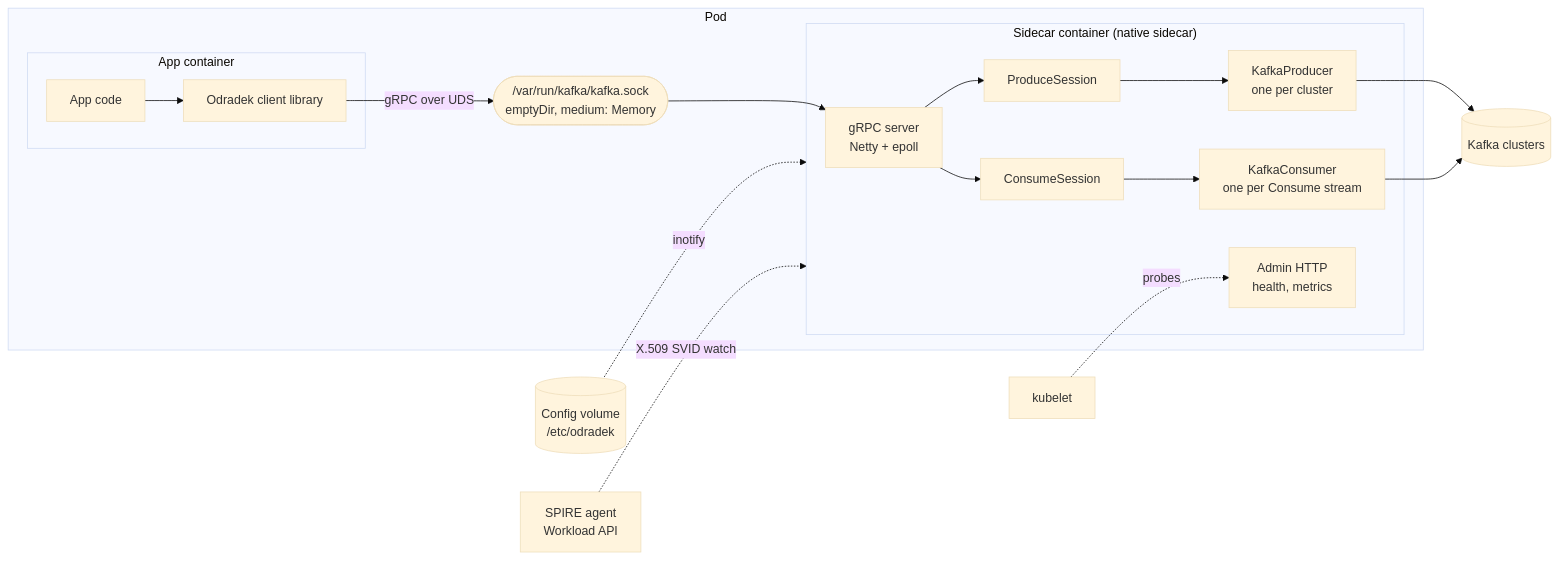
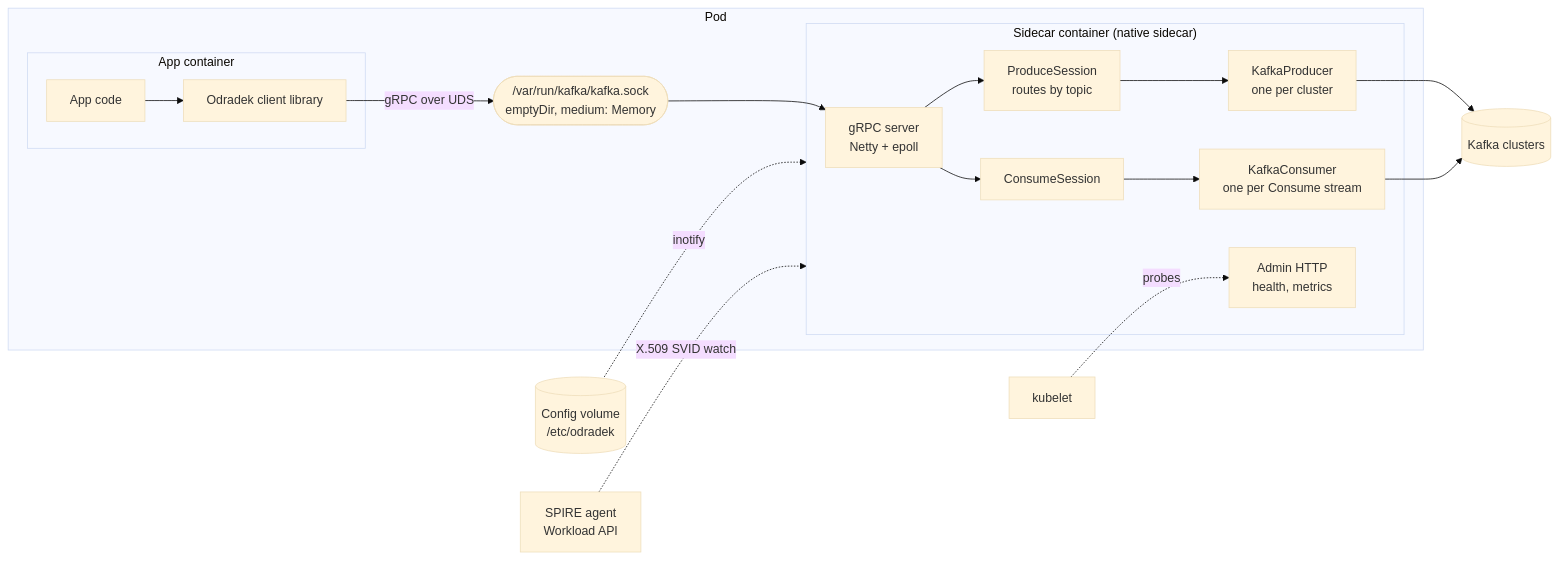
Before and after one commit to bpalermo/odradek: the first of 2 diagrams in docs/design.md, drawn with Mermaid (base theme). The commit also changed other lines of this file and 4 other files, not shown here.

First line of the commit message:
Route produce by topic to one or more clusters; fold design doc

````diff
--- a/docs/design.md
+++ b/docs/design.md
@@ -28,27 +30,27 @@
 ```mermaid
 flowchart LR
   subgraph pod["Pod"]
     subgraph app["App container"]
       code["App code"]
       lib["Odradek client library"]
       code --> lib
     end
     sock(["/var/run/kafka/kafka.sock<br/>emptyDir, medium: Memory"])
     subgraph sidecar["Sidecar container (native sidecar)"]
       grpc["gRPC server<br/>Netty + epoll"]
-      ps["ProduceSession"]
+      ps["ProduceSession<br/>routes by topic"]
       cs["ConsumeSession"]
       prod["KafkaProducer<br/>one per cluster"]
       cons["KafkaConsumer<br/>one per Consume stream"]
       admin["Admin HTTP<br/>health, metrics"]
       grpc --> ps --> prod
       grpc --> cs --> cons
     end
     lib -- "gRPC over UDS" --> sock --> grpc
   end
   cfg[("Config volume<br/>/etc/odradek")] -. "inotify" .-> sidecar
   spire["SPIRE agent<br/>Workload API"] -. "X.509 SVID watch" .-> sidecar
   kubelet["kubelet"] -. "probes" .-> admin
   prod --> brokers[("Kafka clusters")]
   cons --> brokers
 ```
````
